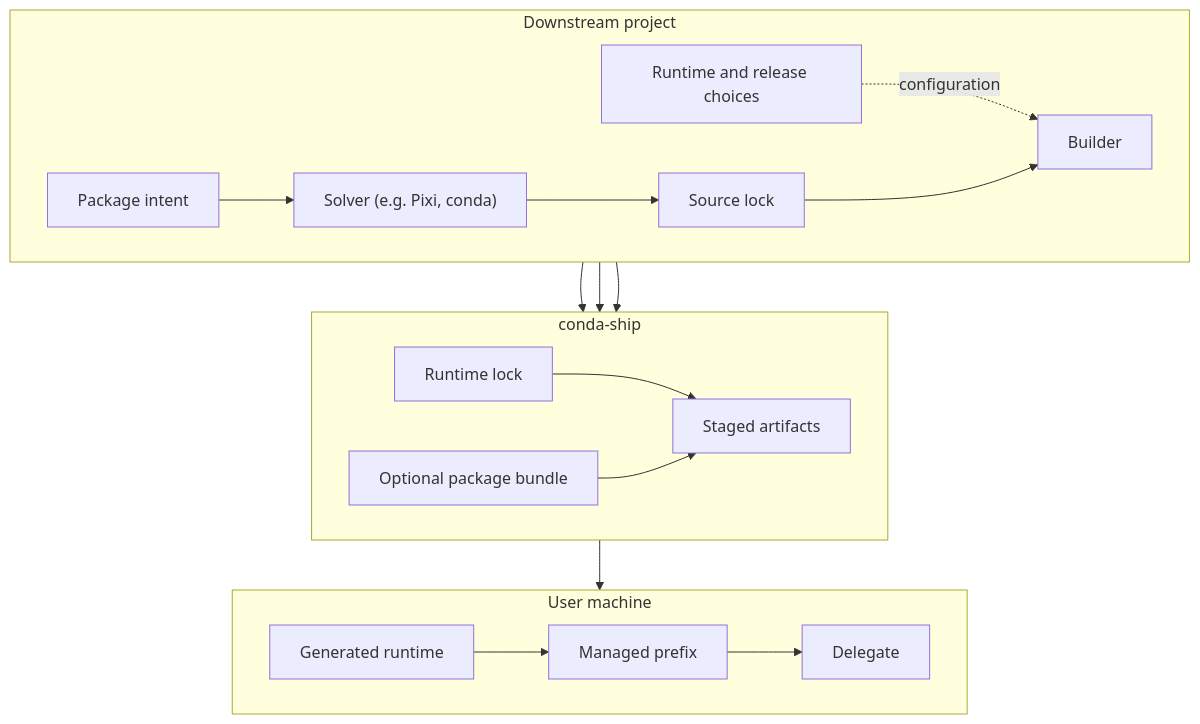
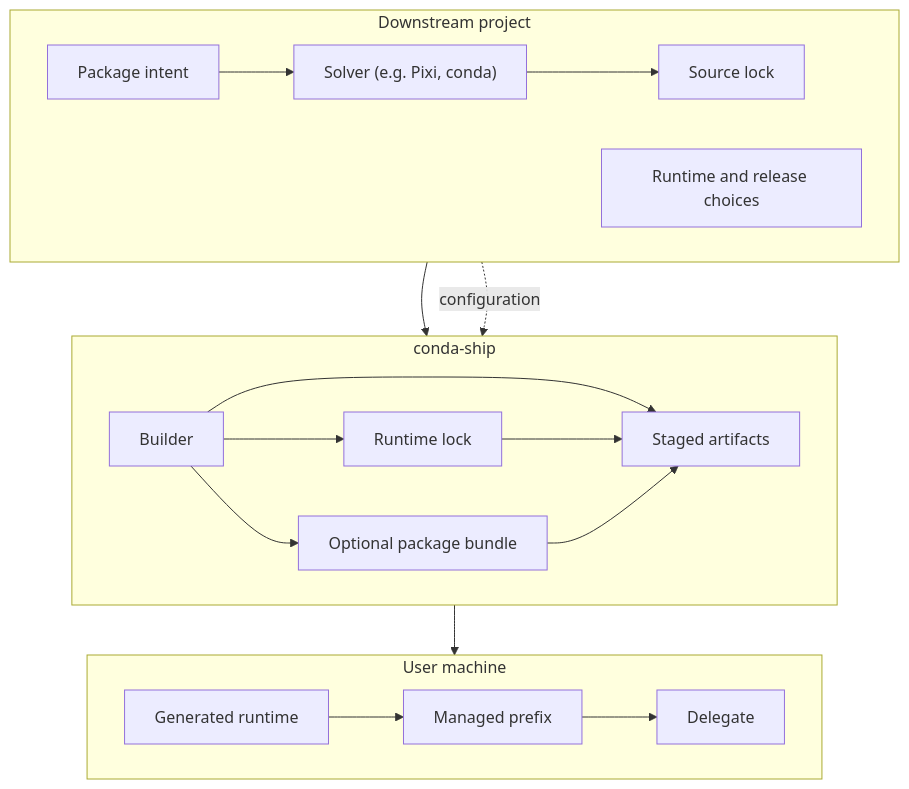
Before and after one commit to jezdez/conda-ship: the diagram in docs/explanation/overview.md, drawn with Mermaid.

Commit message:
Place builder in conda-ship flow

````diff
--- a/docs/explanation/overview.md
+++ b/docs/explanation/overview.md
@@ -23,25 +23,26 @@
 ```{mermaid}
 flowchart TB
     subgraph downstream["Downstream project"]
         direction LR
         intent["Package intent"] --> solver["Solver (e.g. Pixi, conda)"] --> source_lock["Source lock"]
-        choices["Runtime and release choices"] -. "configuration" .-> builder
+        choices["Runtime and release choices"]
     end
 
     subgraph ship["conda-ship"]
         direction LR
         builder["Builder"] --> runtime_lock["Runtime lock"]
         builder --> bundle["Optional package bundle"]
         builder --> artifacts["Staged artifacts"]
         runtime_lock --> artifacts
         bundle --> artifacts
     end
 
     subgraph machine["User machine"]
         direction LR
         runtime["Generated runtime"] --> prefix["Managed prefix"] --> delegate["Delegate"]
     end
 
     source_lock --> builder
+    choices -. "configuration" .-> builder
     artifacts --> runtime
 ```
````
